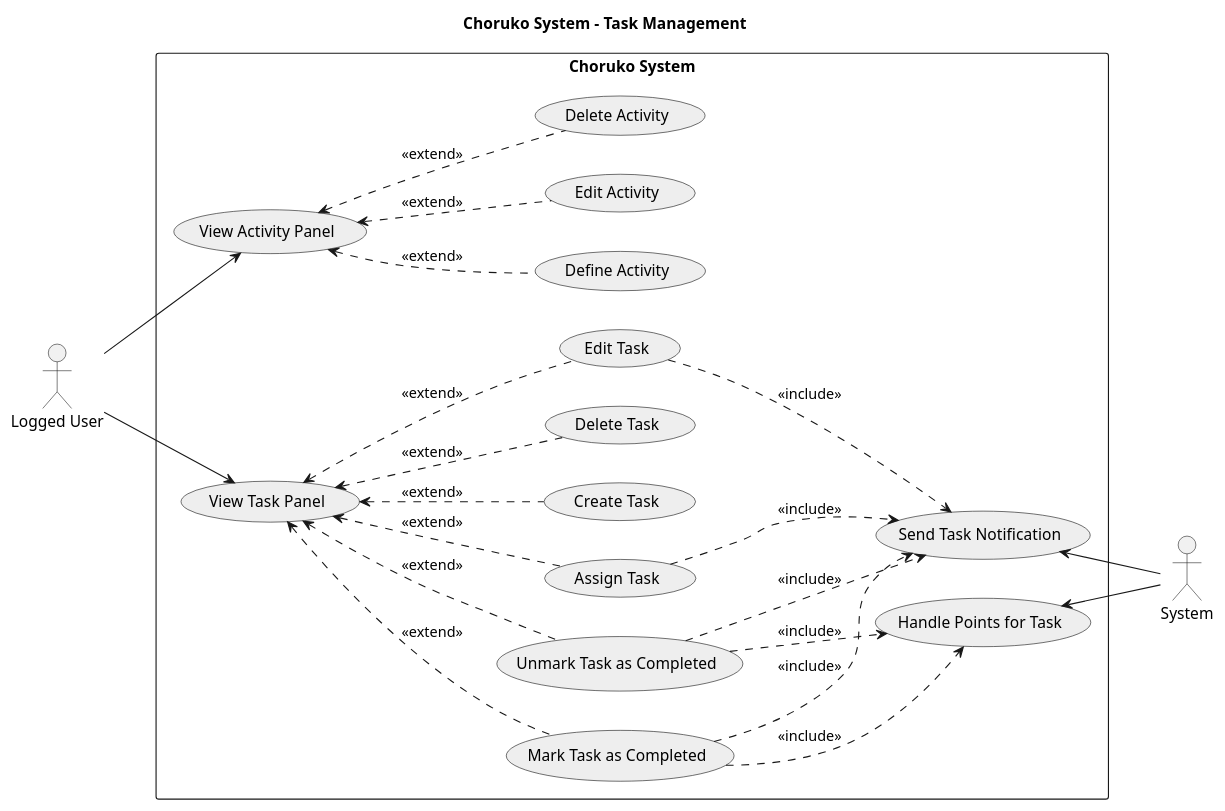
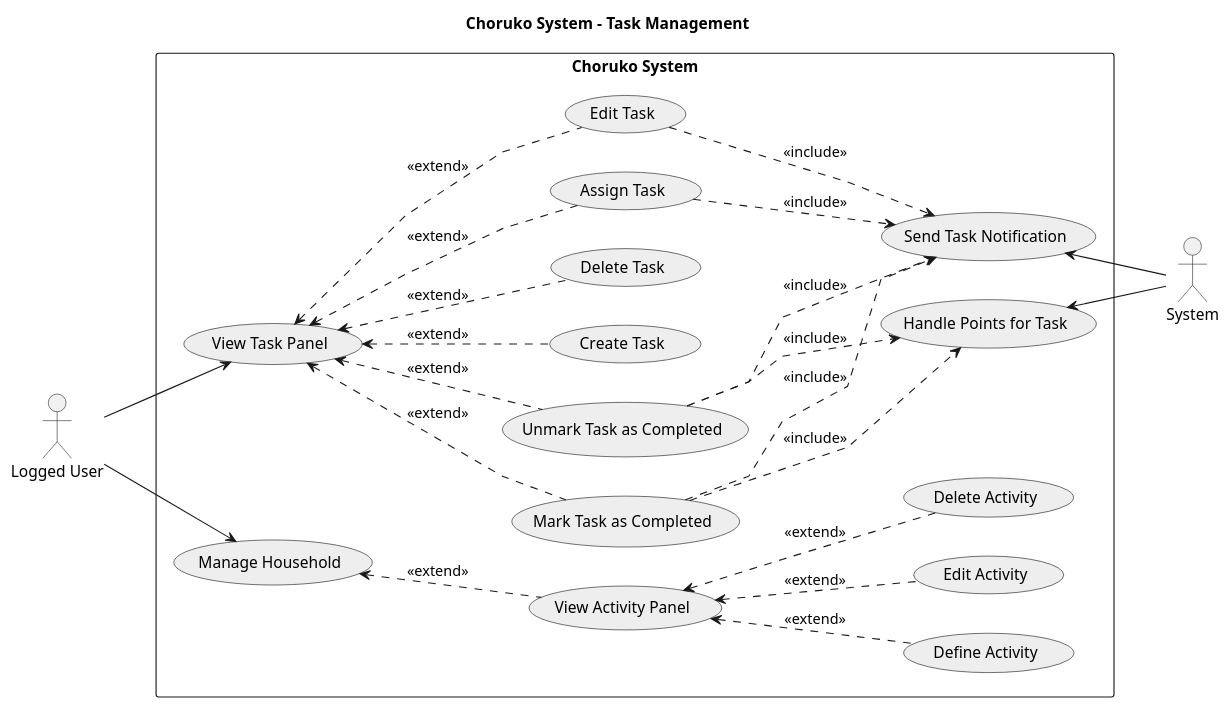
One commit to psampir/choruko changed the diagram in docs/UML/use-case-diagrams/task-management-diagram.puml. Above: the diagram before and after it, drawn with PlantUML. The commit also changed 2 other files, not shown here.

Commit message:
Resolve merge conflict: keep use case diagram files

```diff
--- a/docs/UML/use-case-diagrams/task-management-diagram.puml
+++ b/docs/UML/use-case-diagrams/task-management-diagram.puml
@@ -1,54 +1,58 @@
 @startuml task-management
 
 title Choruko System - Task Management
 skinparam usecaseBorderColor #000000
 skinparam usecaseBackgroundColor #EEEEEE
 skinparam packageStyle rectangle
+skinparam linetype polyline
 left to right direction
 
 :Logged User: as l_user
 :System: as system
 
 rectangle "Choruko System" {
 
   usecase "View Activity Panel" as UC13
   usecase "Define Activity" as UC14
   usecase "Edit Activity" as UC15
   usecase "Delete Activity" as UC16
 
   usecase "View Task Panel" as UC12
   usecase "Create Task" as UC17
   usecase "Delete Task" as UC18
   usecase "Assign Task" as UC19
   usecase "Edit Task" as UC20
   usecase "Mark Task as Completed" as UC21
   usecase "Unmark Task as Completed" as UC22
 
   usecase "Handle Points for Task" as UC34
   usecase "Send Task Notification" as UC35
+
+  usecase "Manage Household" as UC3
 }
 
 l_user --> UC12
-l_user --> UC13
+l_user --> UC3
 
 UC34 <-- system
 UC35 <-- system
 
+UC3 <.. UC13 : <<extend>>
 UC13 <.. UC14 : <<extend>>
 UC13 <.. UC15 : <<extend>>
 UC13 <.. UC16 : <<extend>>
 UC12 <.. UC17 : <<extend>>
 UC12 <.. UC18 : <<extend>>
 UC12 <.. UC19 : <<extend>>
 UC12 <.. UC20 : <<extend>>
 UC12 <.. UC21 : <<extend>>
 UC12 <.. UC22 : <<extend>>
 
 UC21 ..> UC34 : <<include>>
 UC22 ..> UC34 : <<include>>
 UC21 ..> UC35 : <<include>>
 UC19 ..> UC35 : <<include>>
 UC20 ..> UC35 : <<include>>
 UC22 ..> UC35 : <<include>>
 
 @enduml
```
